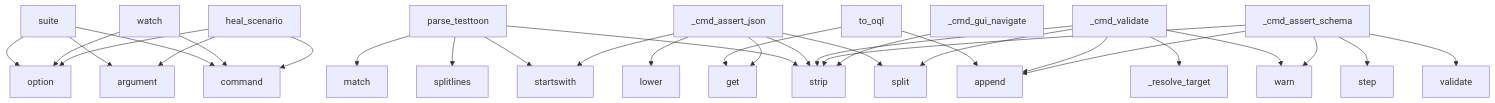
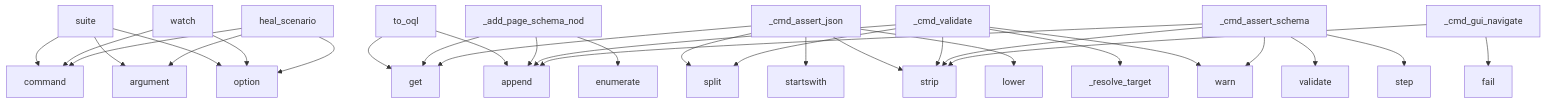
The diagram in project/context.md (oqlos/testql), drawn with Mermaid before and after one commit. The commit also changed other lines of this file and 40 other files, not shown here.

````diff
--- a/project/context.md
+++ b/project/context.md
@@ -548,33 +632,33 @@
 ```mermaid
 graph TD
     suite --> command
     suite --> argument
     suite --> option
     to_oql --> get
     to_oql --> append
     watch --> command
     watch --> option
-    parse_testtoon --> splitlines
-    parse_testtoon --> match
-    parse_testtoon --> startswith
-    parse_testtoon --> strip
+    _add_page_schema_nod --> get
+    _add_page_schema_nod --> append
+    _add_page_schema_nod --> enumerate
     heal_scenario --> command
     heal_scenario --> argument
     heal_scenario --> option
     _cmd_assert_json --> split
     _cmd_assert_json --> startswith
     _cmd_assert_json --> strip
     _cmd_assert_json --> lower
     _cmd_assert_json --> get
     _cmd_validate --> split
     _cmd_validate --> strip
     _cmd_validate --> _resolve_target
     _cmd_validate --> warn
     _cmd_validate --> append
     _cmd_assert_schema --> strip
     _cmd_assert_schema --> warn
     _cmd_assert_schema --> validate
     _cmd_assert_schema --> step
     _cmd_assert_schema --> append
     _cmd_gui_navigate --> strip
+    _cmd_gui_navigate --> fail
 ```
````
